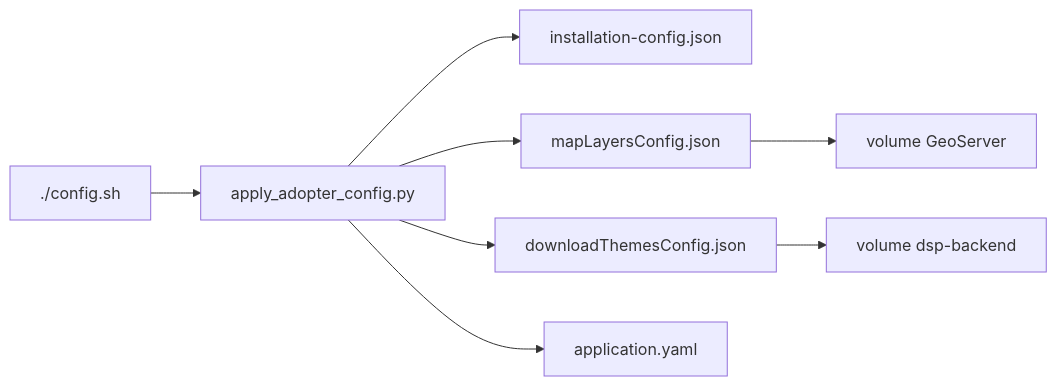
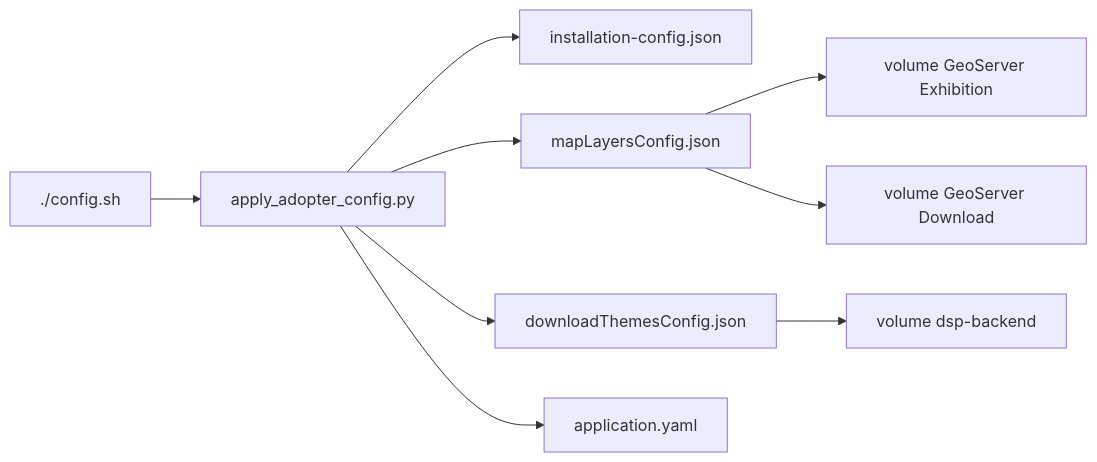
The third of 3 diagrams in docs/modules/core.md (kleber-albino/rer-dsp-docs), drawn with Mermaid before and after one commit. The commit also changed other lines of this file and 12 other files, not shown here.

First line of the commit message:
docs: update for dual GeoServer setup (Exhibition & Download)

````diff
--- a/docs/modules/core.md
+++ b/docs/modules/core.md
@@ -157,10 +163,11 @@
 ```mermaid
 flowchart LR
   configSh["./config.sh"] --> apply["apply_adopter_config.py"]
   apply --> installJson["installation-config.json"]
   apply --> mapJson["mapLayersConfig.json"]
   apply --> downloadJson["downloadThemesConfig.json"]
   apply --> appYaml["application.yaml"]
   downloadJson --> backendVol["volume dsp-backend"]
-  mapJson --> geoserverVol["volume GeoServer"]
+  mapJson --> geoserverExVol["volume GeoServer Exhibition"]
+  mapJson --> geoserverDlVol["volume GeoServer Download"]
 ```
````
